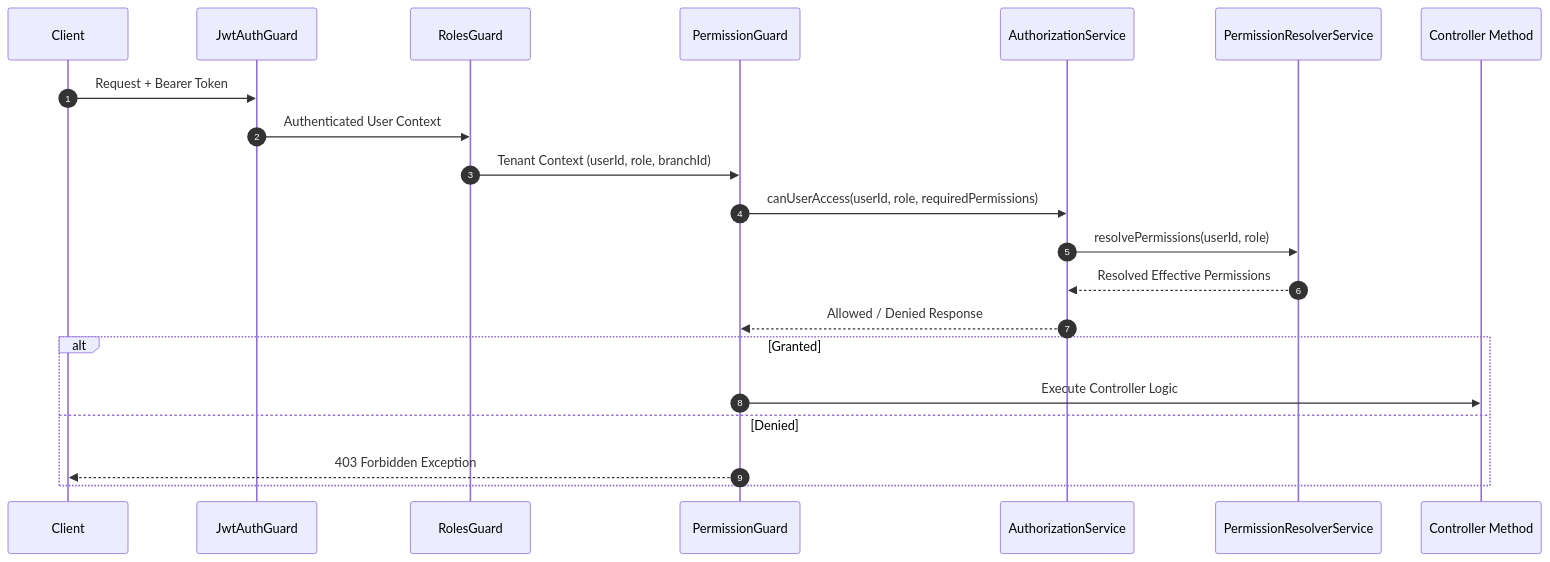
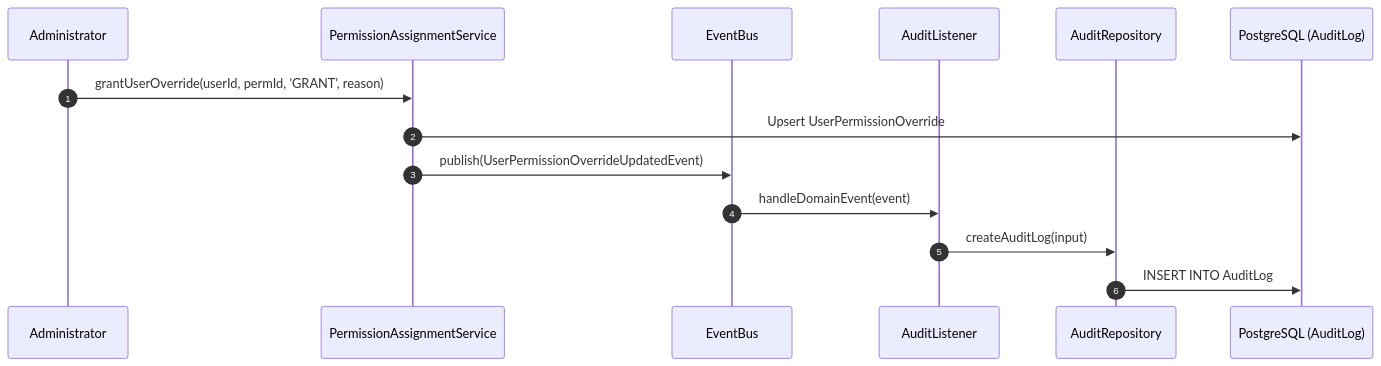
One commit to Anandupy/smartERP changed the third of 3 diagrams in backend/docs/core/authorization.md. Above: the diagram before and after it, drawn with Mermaid. The commit also changed other lines of this file, not shown here.

Commit message:
docs(authz): document authorization engine architecture

````diff
--- a/backend/docs/core/authorization.md
+++ b/backend/docs/core/authorization.md
@@ -65,24 +77,17 @@
 ```mermaid
 sequenceDiagram
     autonumber
-    participant Client
-    participant JwtGuard as JwtAuthGuard
-    participant RolesGuard as RolesGuard
-    participant PermGuard as PermissionGuard
-    participant AuthzService as AuthorizationService
-    participant Resolver as PermissionResolverService
-    participant Controller as Controller Method
+    participant Admin as Administrator
+    participant AssignService as PermissionAssignmentService
+    participant EventBus as EventBus
+    participant Listener as AuditListener
+    participant AuditRepo as AuditRepository
+    participant DB as PostgreSQL (AuditLog)
 
-    Client->>JwtGuard: Request + Bearer Token
-    JwtGuard->>RolesGuard: Authenticated User Context
-    RolesGuard->>PermGuard: Tenant Context (userId, role, branchId)
-    PermGuard->>AuthzService: canUserAccess(userId, role, requiredPermissions)
-    AuthzService->>Resolver: resolvePermissions(userId, role)
-    Resolver-->>AuthzService: Resolved Effective Permissions
-    AuthzService-->>PermGuard: Allowed / Denied Response
-    alt Granted
-        PermGuard->>Controller: Execute Controller Logic
-    else Denied
-        PermGuard-->>Client: 403 Forbidden Exception
-    end
+    Admin->>AssignService: grantUserOverride(userId, permId, 'GRANT', reason)
+    AssignService->>DB: Upsert UserPermissionOverride
+    AssignService->>EventBus: publish(UserPermissionOverrideUpdatedEvent)
+    EventBus->>Listener: handleDomainEvent(event)
+    Listener->>AuditRepo: createAuditLog(input)
+    AuditRepo->>DB: INSERT INTO AuditLog
 ```
````
